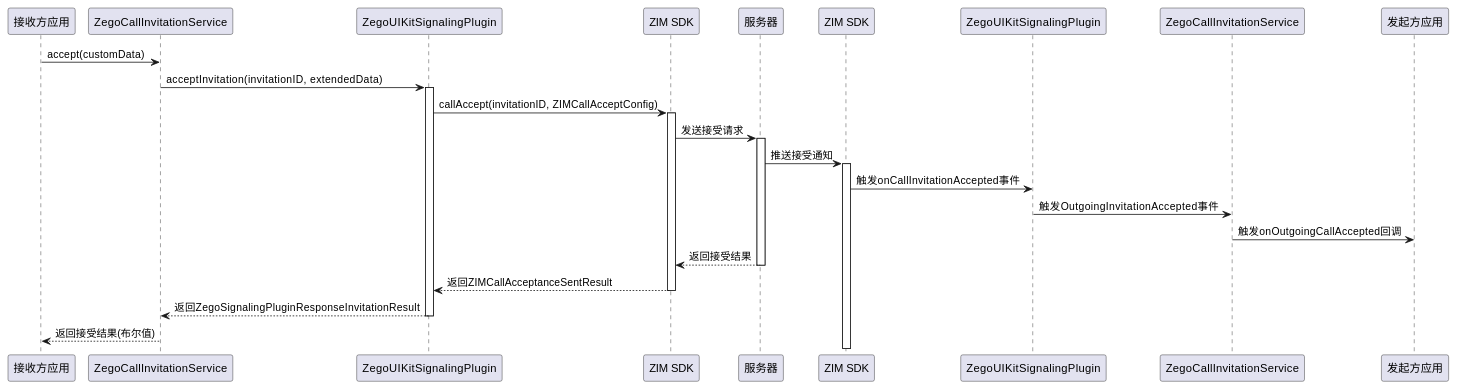
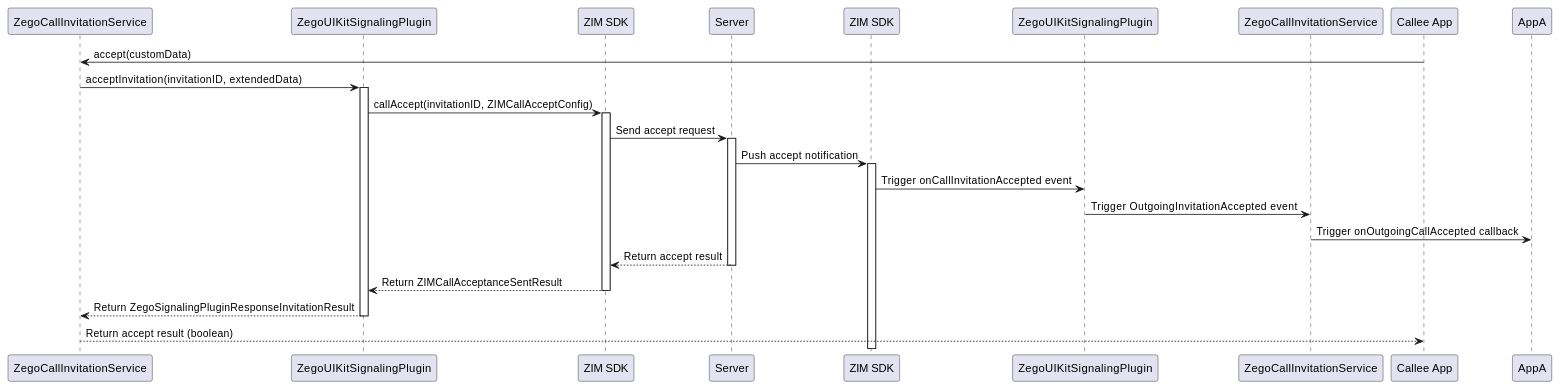
The second of 5 diagrams in documents/sequence_diagram.md (ZEGOCLOUD/zego_uikit_prebuilt_call_flutter), drawn with PlantUML before and after one commit. The commit also changed other lines of this file and 3 other files, not shown here.

````diff
--- a/documents/sequence_diagram.md
+++ b/documents/sequence_diagram.md
@@ -44,34 +44,34 @@
 ```plantuml
 @startuml
-participant "接收方应用" as AppB
+participant "Callee App" as AppB
 participant "ZegoCallInvitationService" as ServiceB
 participant "ZegoUIKitSignalingPlugin" as PluginB
 participant "ZIM SDK" as ZIMB
-participant "服务器" as Server
+participant "Server" as Server
 participant "ZIM SDK" as ZIMA
 participant "ZegoUIKitSignalingPlugin" as PluginA
 participant "ZegoCallInvitationService" as ServiceA
-participant "发起方应用" as AppA
+participant "Caller App" as AppB
 
 AppB -> ServiceB: accept(customData)
 ServiceB -> PluginB: acceptInvitation(invitationID, extendedData)
 activate PluginB
 PluginB -> ZIMB: callAccept(invitationID, ZIMCallAcceptConfig)
 activate ZIMB
-ZIMB -> Server: 发送接受请求
+ZIMB -> Server: Send accept request
 activate Server
-Server -> ZIMA: 推送接受通知
+Server -> ZIMA: Push accept notification
 activate ZIMA
-ZIMA -> PluginA: 触发onCallInvitationAccepted事件
-PluginA -> ServiceA: 触发OutgoingInvitationAccepted事件
-ServiceA -> AppA: 触发onOutgoingCallAccepted回调
-Server --> ZIMB: 返回接受结果
+ZIMA -> PluginA: Trigger onCallInvitationAccepted event
+PluginA -> ServiceA: Trigger OutgoingInvitationAccepted event
+ServiceA -> AppA: Trigger onOutgoingCallAccepted callback
+Server --> ZIMB: Return accept result
 deactivate Server
-ZIMB --> PluginB: 返回ZIMCallAcceptanceSentResult
+ZIMB --> PluginB: Return ZIMCallAcceptanceSentResult
 deactivate ZIMB
-PluginB --> ServiceB: 返回ZegoSignalingPluginResponseInvitationResult
+PluginB --> ServiceB: Return ZegoSignalingPluginResponseInvitationResult
 deactivate PluginB
-ServiceB --> AppB: 返回接受结果(布尔值)
+ServiceB --> AppB: Return accept result (boolean)
 
 @enduml
 ```
````
